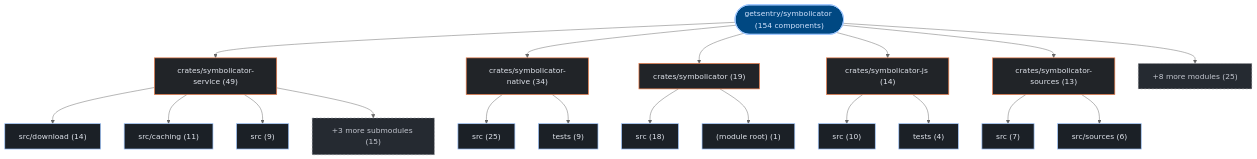
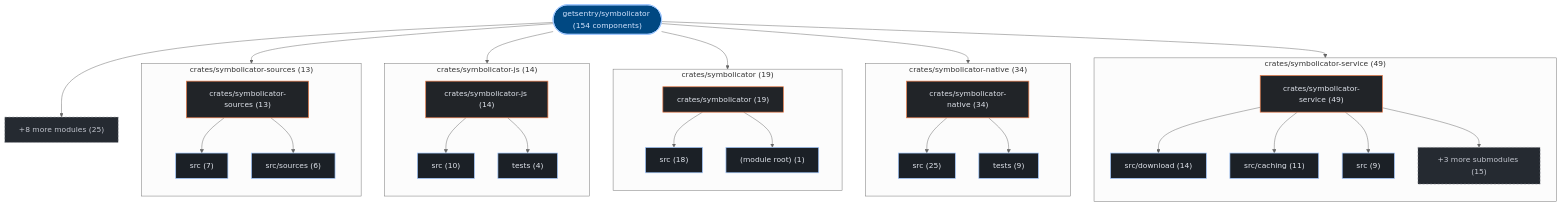
The first of 3 diagrams in exports/latest/reports/getsentry-symbolicator-report.md (kumarshaz/atruss-code-atlas), drawn with Mermaid (neutral theme) before and after one commit. The commit also changed 178 other files, not shown here.

Commit message:
feat(ui,mermaid): upgrade to mermaid v12 + ELK layout, add orgs-summary + pagination, subgraph building blocks, fix tab alignment

````diff
--- a/exports/latest/reports/getsentry-symbolicator-report.md
+++ b/exports/latest/reports/getsentry-symbolicator-report.md
@@ -42,47 +42,62 @@
 ```mermaid
 graph TD;
   classDef atlasRoot fill:#004882,stroke:#a3c9ff,stroke-width:2px,color:#d3e4ff
   classDef atlasCategory fill:#212428,stroke:#E87A48,stroke-width:1.5px,color:#dfe3eb
   classDef atlasWorkflow fill:#1b2026,stroke:#a3c9ff,stroke-width:1.5px,color:#dfe3eb
   classDef atlasJob fill:#171c22,stroke:#8d9199,stroke-width:1px,color:#dfe3eb
   classDef atlasTarget fill:#005227,stroke:#8bd99b,stroke-width:1.5px,color:#a7f6b6
   classDef atlasAlert fill:#93000a,stroke:#ffb4ab,stroke-width:1.5px,color:#ffdad6
   classDef atlasMore fill:#252a31,stroke:#8d9199,stroke-dasharray:4 4,color:#c3c6cf
     repo_root(["getsentry/symbolicator (154 components)"]):::atlasRoot
-    dir_0_crates_symbolicator_service["crates/symbolicator-service (49)"]:::atlasCategory
+    subgraph sg_dir_0_crates_symbolicator_service["crates/symbolicator-service (49)"]
+      direction TB
+      dir_0_crates_symbolicator_service["crates/symbolicator-service (49)"]:::atlasCategory
+      sub_0_0_src_download["src/download (14)"]:::atlasWorkflow
+      dir_0_crates_symbolicator_service --> sub_0_0_src_download
+      sub_0_1_src_caching["src/caching (11)"]:::atlasWorkflow
+      dir_0_crates_symbolicator_service --> sub_0_1_src_caching
+      sub_0_2_src["src (9)"]:::atlasWorkflow
+      dir_0_crates_symbolicator_service --> sub_0_2_src
+      sub_0_more["+3 more submodules (15)"]:::atlasMore
+      dir_0_crates_symbolicator_service --> sub_0_more
+    end
     repo_root --> dir_0_crates_symbolicator_service
-    sub_0_0_src_download["src/download (14)"]:::atlasWorkflow
-    dir_0_crates_symbolicator_service --> sub_0_0_src_download
-    sub_0_1_src_caching["src/caching (11)"]:::atlasWorkflow
-    dir_0_crates_symbolicator_service --> sub_0_1_src_caching
-    sub_0_2_src["src (9)"]:::atlasWorkflow
-    dir_0_crates_symbolicator_service --> sub_0_2_src
-    sub_0_more["+3 more submodules (15)"]:::atlasMore
-    dir_0_crates_symbolicator_service --> sub_0_more
-    dir_1_crates_symbolicator_native["crates/symbolicator-native (34)"]:::atlasCategory
+    subgraph sg_dir_1_crates_symbolicator_native["crates/symbolicator-native (34)"]
+      direction TB
+      dir_1_crates_symbolicator_native["crates/symbolicator-native (34)"]:::atlasCategory
+      sub_1_0_src["src (25)"]:::atlasWorkflow
+      dir_1_crates_symbolicator_native --> sub_1_0_src
+      sub_1_1_tests["tests (9)"]:::atlasWorkflow
+      dir_1_crates_symbolicator_native --> sub_1_1_tests
+    end
     repo_root --> dir_1_crates_symbolicator_native
-    sub_1_0_src["src (25)"]:::atlasWorkflow
-    dir_1_crates_symbolicator_native --> sub_1_0_src
-    sub_1_1_tests["tests (9)"]:::atlasWorkflow
-    dir_1_crates_symbolicator_native --> sub_1_1_tests
-    dir_2_crates_symbolicator["crates/symbolicator (19)"]:::atlasCategory
+    subgraph sg_dir_2_crates_symbolicator["crates/symbolicator (19)"]
+      direction TB
+      dir_2_crates_symbolicator["crates/symbolicator (19)"]:::atlasCategory
+      sub_2_0_src["src (18)"]:::atlasWorkflow
+      dir_2_crates_symbolicator --> sub_2_0_src
+      sub_2_1__module_root_["(module root) (1)"]:::atlasWorkflow
+      dir_2_crates_symbolicator --> sub_2_1__module_root_
+    end
     repo_root --> dir_2_crates_symbolicator
-    sub_2_0_src["src (18)"]:::atlasWorkflow
-    dir_2_crates_symbolicator --> sub_2_0_src
-    sub_2_1__module_root_["(module root) (1)"]:::atlasWorkflow
-    dir_2_crates_symbolicator --> sub_2_1__module_root_
-    dir_3_crates_symbolicator_js["crates/symbolicator-js (14)"]:::atlasCategory
+    subgraph sg_dir_3_crates_symbolicator_js["crates/symbolicator-js (14)"]
+      direction TB
+      dir_3_crates_symbolicator_js["crates/symbolicator-js (14)"]:::atlasCategory
+      sub_3_0_src["src (10)"]:::atlasWorkflow
+      dir_3_crates_symbolicator_js --> sub_3_0_src
+      sub_3_1_tests["tests (4)"]:::atlasWorkflow
+      dir_3_crates_symbolicator_js --> sub_3_1_tests
+    end
     repo_root --> dir_3_crates_symbolicator_js
-    sub_3_0_src["src (10)"]:::atlasWorkflow
-    dir_3_crates_symbolicator_js --> sub_3_0_src
-    sub_3_1_tests["tests (4)"]:::atlasWorkflow
-    dir_3_crates_symbolicator_js --> sub_3_1_tests
-    dir_4_crates_symbolicator_sources["crates/symbolicator-sources (13)"]:::atlasCategory
+    subgraph sg_dir_4_crates_symbolicator_sources["crates/symbolicator-sources (13)"]
+      direction TB
+      dir_4_crates_symbolicator_sources["crates/symbolicator-sources (13)"]:::atlasCategory
+      sub_4_0_src["src (7)"]:::atlasWorkflow
+      dir_4_crates_symbolicator_sources --> sub_4_0_src
+      sub_4_1_src_sources["src/sources (6)"]:::atlasWorkflow
+      dir_4_crates_symbolicator_sources --> sub_4_1_src_sources
+    end
     repo_root --> dir_4_crates_symbolicator_sources
-    sub_4_0_src["src (7)"]:::atlasWorkflow
-    dir_4_crates_symbolicator_sources --> sub_4_0_src
-    sub_4_1_src_sources["src/sources (6)"]:::atlasWorkflow
-    dir_4_crates_symbolicator_sources --> sub_4_1_src_sources
     dir_other_modules["+8 more modules (25)"]:::atlasMore
     repo_root --> dir_other_modules
 ```
````
